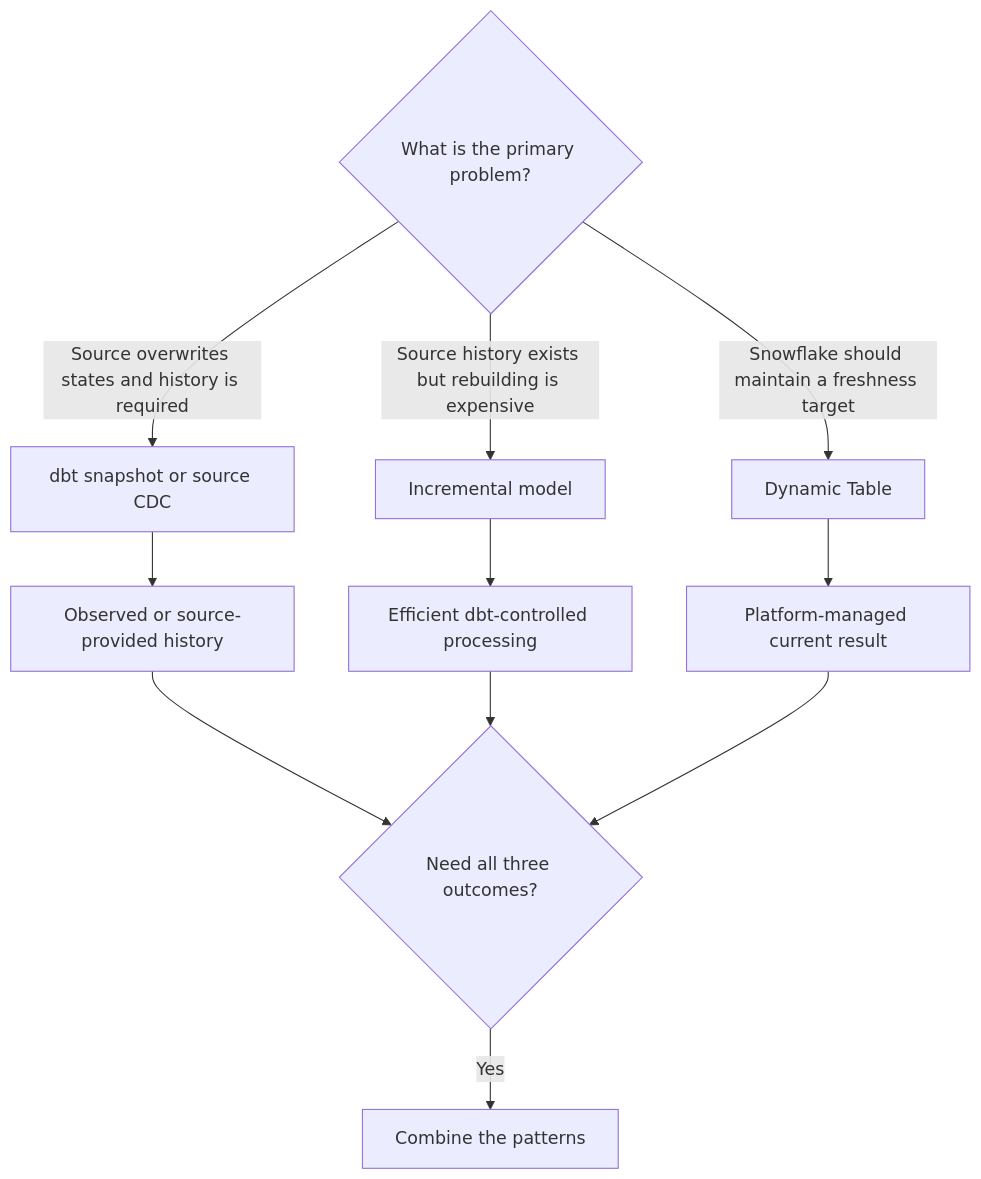
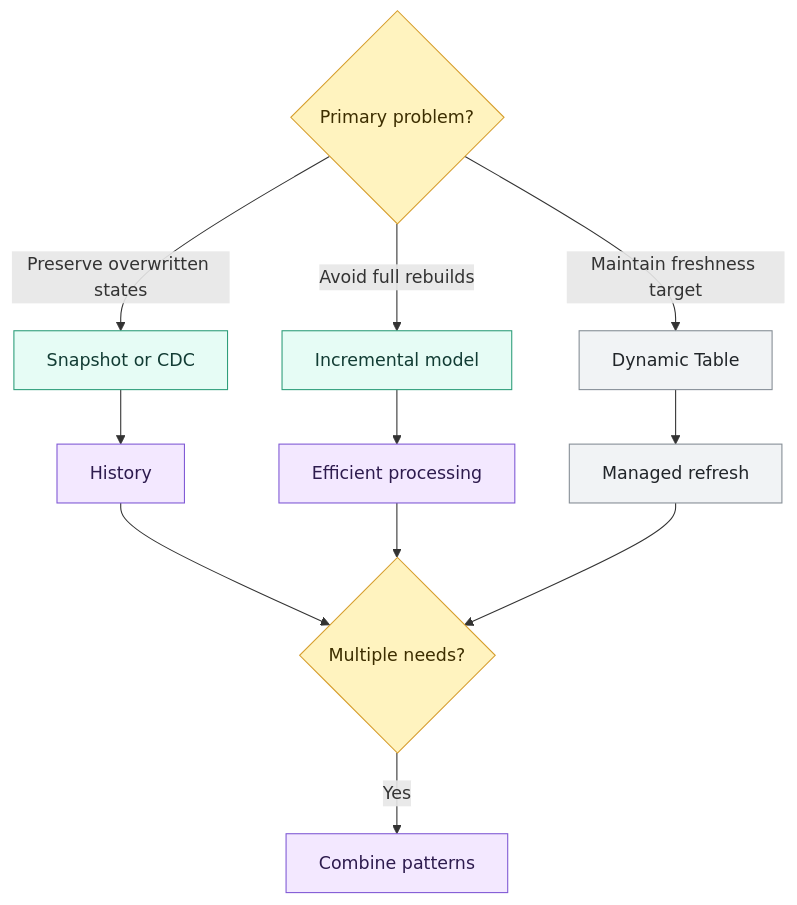
Before and after one commit to shonningsoy/Upskill: the first of 2 diagrams in 02 dbt/04 Incremental Processing and Performance/35 Snapshots vs Incremental Models vs Dynamic Tables.md, drawn with Mermaid. The commit also changed other lines of this file and 31 other files, not shown here.

````diff
--- a/02 dbt/04 Incremental Processing and Performance/35 Snapshots vs Incremental Models vs Dynamic Tables.md
+++ b/02 dbt/04 Incremental Processing and Performance/35 Snapshots vs Incremental Models vs Dynamic Tables.md
@@ -78,14 +79,24 @@
 ```mermaid
 flowchart TD
-    A{What is the primary problem?}
-    A -->|Source overwrites states and history is required| B[dbt snapshot or source CDC]
-    A -->|Source history exists but rebuilding is expensive| C[Incremental model]
-    A -->|Snowflake should maintain a freshness target| D[Dynamic Table]
-    B --> E[Observed or source-provided history]
-    C --> F[Efficient dbt-controlled processing]
-    D --> G[Platform-managed current result]
-    E --> H{Need all three outcomes?}
+    A{Primary problem?}
+    A -->|Preserve overwritten states| B[Snapshot or CDC]
+    A -->|Avoid full rebuilds| C[Incremental model]
+    A -->|Maintain freshness target| D[Dynamic Table]
+    B --> E[History]
+    C --> F[Efficient processing]
+    D --> G[Managed refresh]
+    E --> H{Multiple needs?}
     F --> H
     G --> H
-    H -->|Yes| I[Combine the patterns]
+    H -->|Yes| I[Combine patterns]
+
+    classDef input fill:#E8F0FE,stroke:#4C6EF5,color:#172B4D
+    classDef control fill:#FFF3BF,stroke:#D69E2E,color:#3D2E00
+    classDef dbt fill:#E6FCF5,stroke:#2F9E7B,color:#123C34
+    classDef platform fill:#F1F3F5,stroke:#868E96,color:#212529
+    classDef output fill:#F3E8FF,stroke:#805AD5,color:#2D1B4E
+    class A,H control
+    class B,C dbt
+    class D,G platform
+    class E,F,I output
 ```
````
